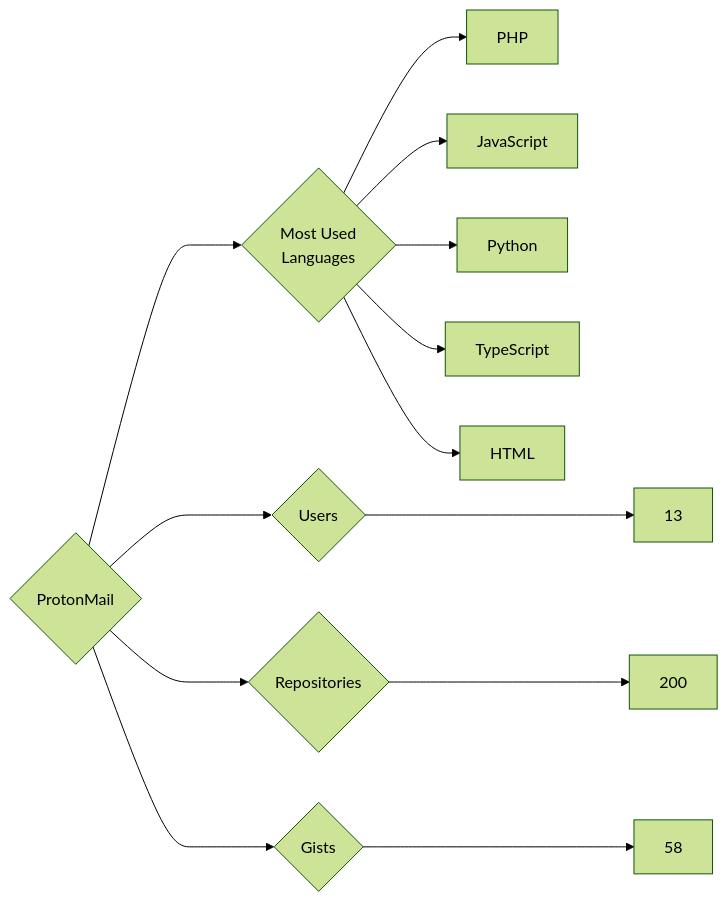
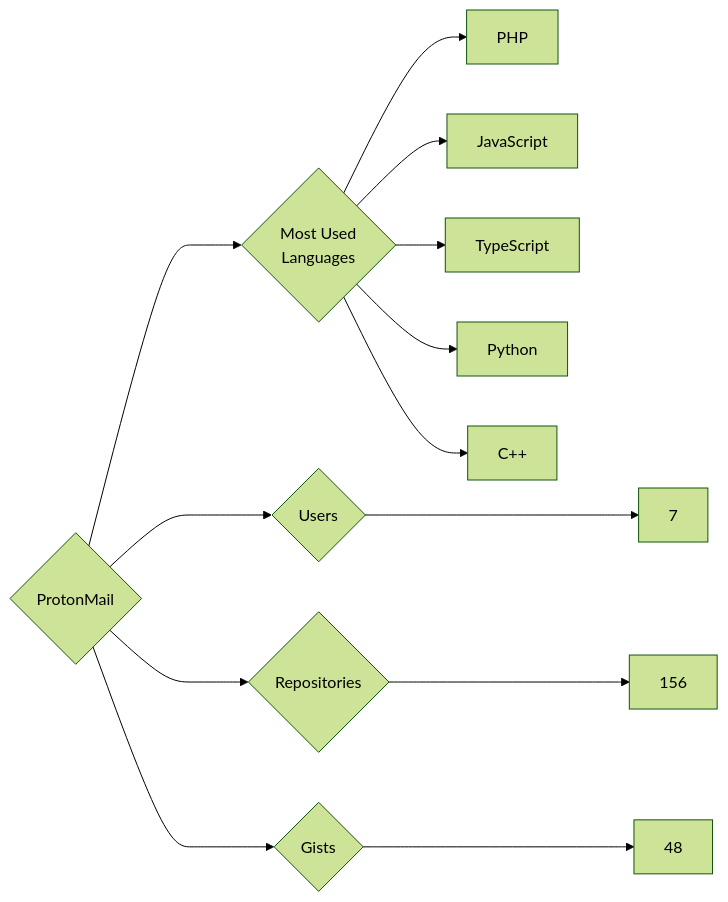
One commit to trickest/insiders changed the diagram in targets/ProtonMail/README.md. Above: the diagram before and after it, drawn with Mermaid (forest theme). The commit also changed 948 other files, not shown here.

````diff
--- a/targets/ProtonMail/README.md
+++ b/targets/ProtonMail/README.md
@@ -3,13 +3,13 @@
 ```mermaid
 graph LR
 COMPANY_NAME{ProtonMail}
-COMPANY_NAME ---> U{Users} ---> UN[13]
-COMPANY_NAME ---> R{Repositories} ---> RN[200]
-COMPANY_NAME ---> G{Gists} ---> GN[58]
+COMPANY_NAME ---> U{Users} ---> UN[7]
+COMPANY_NAME ---> R{Repositories} ---> RN[156]
+COMPANY_NAME ---> G{Gists} ---> GN[48]
 COMPANY_NAME ---> ML{Most Used<br>Languages}
 ML --> PHP[PHP]
 ML --> JavaScript[JavaScript]
+ML --> TypeScript[TypeScript]
 ML --> Python[Python]
-ML --> TypeScript[TypeScript]
-ML --> HTML[HTML]
+ML --> C++[C++]
 ```
````
